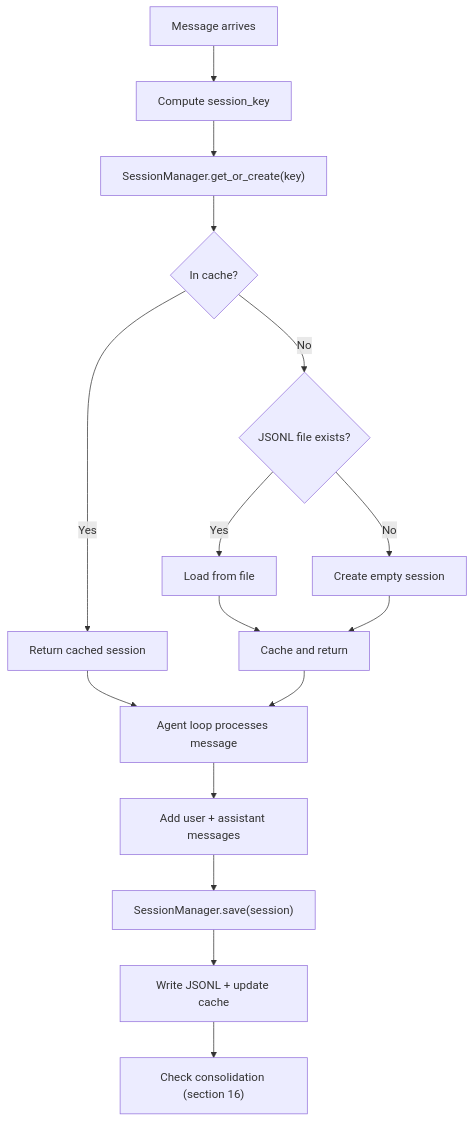
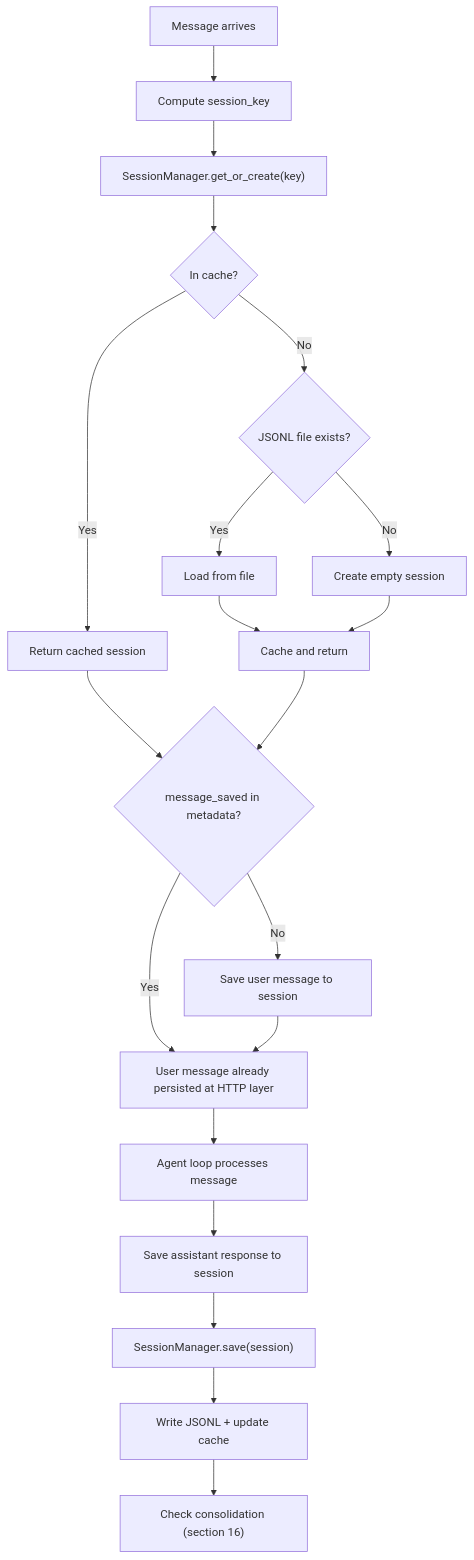
Before and after one commit to openbotx/openbotx: diagram 11 of 19 in docs/flow.md, drawn with Mermaid. The commit also changed other lines of this file and 14 other files, not shown here.

````diff
--- a/docs/flow.md
+++ b/docs/flow.md
@@ -1266,18 +1278,22 @@
 ```mermaid
 graph TD
     A[Message arrives] --> B["Compute session_key"]
     B --> C["SessionManager.get_or_create(key)"]
     C --> D{In cache?}
     D -->|Yes| E[Return cached session]
     D -->|No| F{JSONL file exists?}
     F -->|Yes| G[Load from file]
     F -->|No| H[Create empty session]
     G --> I[Cache and return]
     H --> I
-    E --> J[Agent loop processes message]
+    E --> J{message_saved in metadata?}
     I --> J
-    J --> K[Add user + assistant messages]
-    K --> L["SessionManager.save(session)"]
-    L --> M[Write JSONL + update cache]
-    M --> N["Check consolidation (section 16)"]
+    J -->|Yes| K[User message already persisted at HTTP layer]
+    J -->|No| K1[Save user message to session]
+    K1 --> K
+    K --> L[Agent loop processes message]
+    L --> M[Save assistant response to session]
+    M --> N["SessionManager.save(session)"]
+    N --> O[Write JSONL + update cache]
+    O --> P["Check consolidation (section 16)"]
 ```
````
